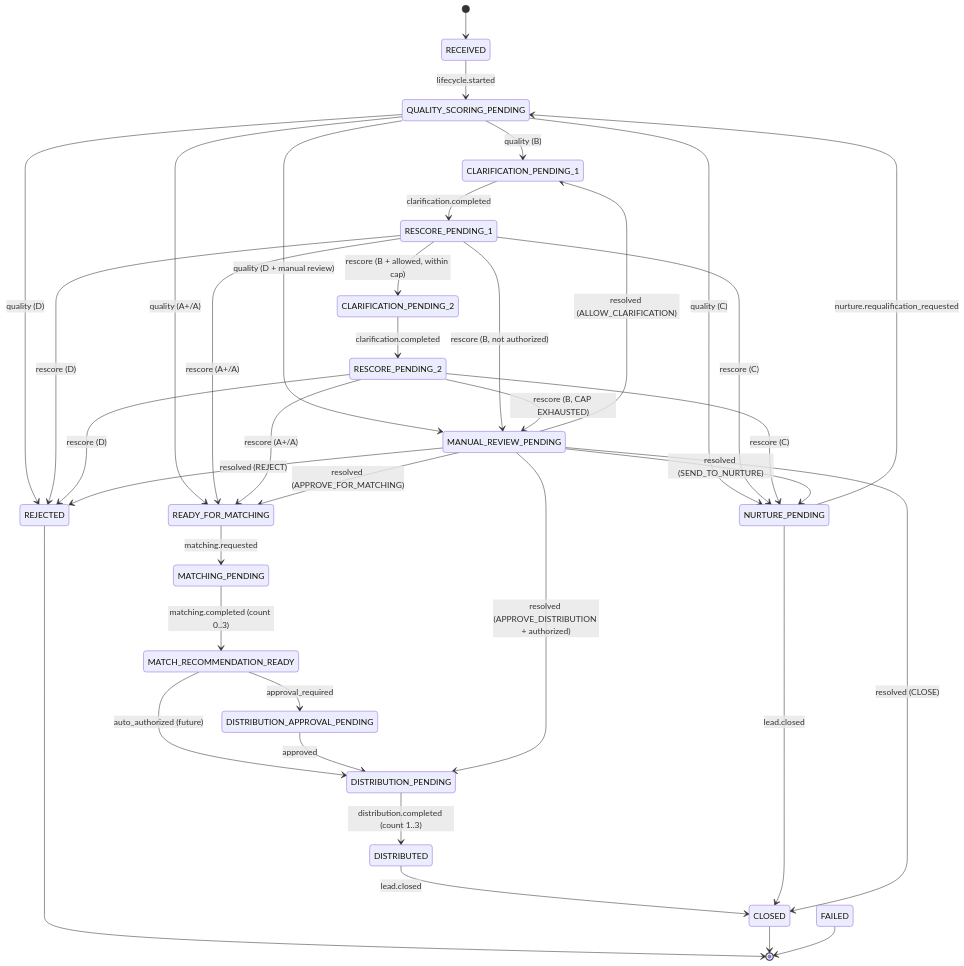
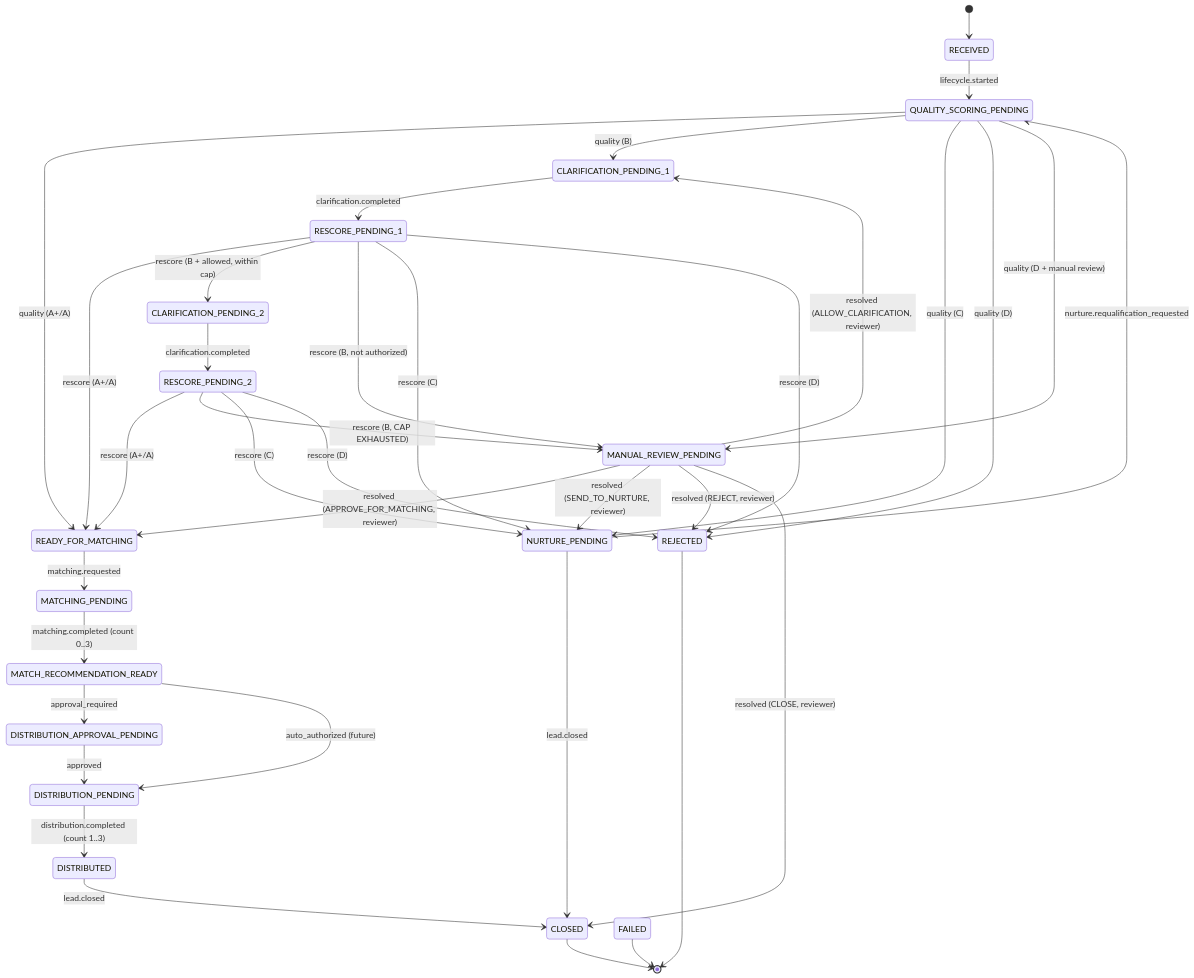
Before and after one commit to quickfurno-maker/quickfurno-marketplace: the diagram in docs/aos/QF-Lead-Lifecycle-Phase-2A.md, drawn with Mermaid. The commit also changed other lines of this file and 5 other files, not shown here.

Commit message:
fix(aos): close Phase 2A manual review safety gaps

````diff
--- a/docs/aos/QF-Lead-Lifecycle-Phase-2A.md
+++ b/docs/aos/QF-Lead-Lifecycle-Phase-2A.md
@@ -261,47 +287,46 @@
 ```mermaid
 stateDiagram-v2
   [*] --> RECEIVED
   RECEIVED --> QUALITY_SCORING_PENDING: lifecycle.started
 
   QUALITY_SCORING_PENDING --> READY_FOR_MATCHING: quality (A+/A)
   QUALITY_SCORING_PENDING --> CLARIFICATION_PENDING_1: quality (B)
   QUALITY_SCORING_PENDING --> NURTURE_PENDING: quality (C)
   QUALITY_SCORING_PENDING --> REJECTED: quality (D)
   QUALITY_SCORING_PENDING --> MANUAL_REVIEW_PENDING: quality (D + manual review)
 
   CLARIFICATION_PENDING_1 --> RESCORE_PENDING_1: clarification.completed
   RESCORE_PENDING_1 --> READY_FOR_MATCHING: rescore (A+/A)
   RESCORE_PENDING_1 --> CLARIFICATION_PENDING_2: rescore (B + allowed, within cap)
   RESCORE_PENDING_1 --> MANUAL_REVIEW_PENDING: rescore (B, not authorized)
   RESCORE_PENDING_1 --> NURTURE_PENDING: rescore (C)
   RESCORE_PENDING_1 --> REJECTED: rescore (D)
 
   CLARIFICATION_PENDING_2 --> RESCORE_PENDING_2: clarification.completed
   RESCORE_PENDING_2 --> READY_FOR_MATCHING: rescore (A+/A)
   RESCORE_PENDING_2 --> MANUAL_REVIEW_PENDING: rescore (B, CAP EXHAUSTED)
   RESCORE_PENDING_2 --> NURTURE_PENDING: rescore (C)
   RESCORE_PENDING_2 --> REJECTED: rescore (D)
 
   READY_FOR_MATCHING --> MATCHING_PENDING: matching.requested
   MATCHING_PENDING --> MATCH_RECOMMENDATION_READY: matching.completed (count 0..3)
 
   MATCH_RECOMMENDATION_READY --> DISTRIBUTION_APPROVAL_PENDING: approval_required
   MATCH_RECOMMENDATION_READY --> DISTRIBUTION_PENDING: auto_authorized (future)
   DISTRIBUTION_APPROVAL_PENDING --> DISTRIBUTION_PENDING: approved
   DISTRIBUTION_PENDING --> DISTRIBUTED: distribution.completed (count 1..3)
   DISTRIBUTED --> CLOSED: lead.closed
 
   NURTURE_PENDING --> QUALITY_SCORING_PENDING: nurture.requalification_requested
   NURTURE_PENDING --> CLOSED: lead.closed
 
-  MANUAL_REVIEW_PENDING --> READY_FOR_MATCHING: resolved (APPROVE_FOR_MATCHING)
-  MANUAL_REVIEW_PENDING --> CLARIFICATION_PENDING_1: resolved (ALLOW_CLARIFICATION)
-  MANUAL_REVIEW_PENDING --> NURTURE_PENDING: resolved (SEND_TO_NURTURE)
-  MANUAL_REVIEW_PENDING --> DISTRIBUTION_PENDING: resolved (APPROVE_DISTRIBUTION + authorized)
-  MANUAL_REVIEW_PENDING --> REJECTED: resolved (REJECT)
-  MANUAL_REVIEW_PENDING --> CLOSED: resolved (CLOSE)
+  MANUAL_REVIEW_PENDING --> READY_FOR_MATCHING: resolved (APPROVE_FOR_MATCHING, reviewer)
+  MANUAL_REVIEW_PENDING --> CLARIFICATION_PENDING_1: resolved (ALLOW_CLARIFICATION, reviewer)
+  MANUAL_REVIEW_PENDING --> NURTURE_PENDING: resolved (SEND_TO_NURTURE, reviewer)
+  MANUAL_REVIEW_PENDING --> REJECTED: resolved (REJECT, reviewer)
+  MANUAL_REVIEW_PENDING --> CLOSED: resolved (CLOSE, reviewer)
 
   REJECTED --> [*]
   CLOSED --> [*]
   FAILED --> [*]
 ```
````
